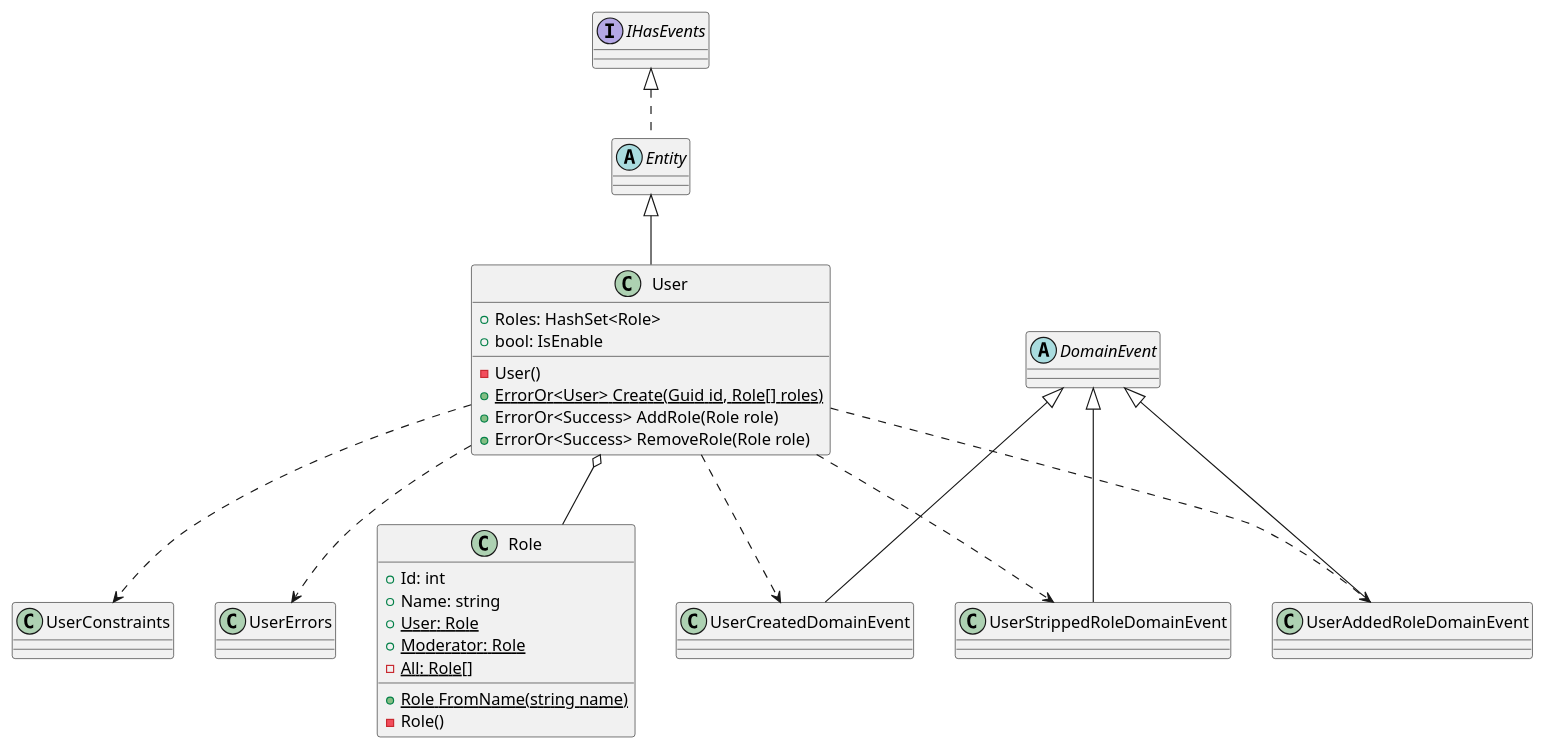
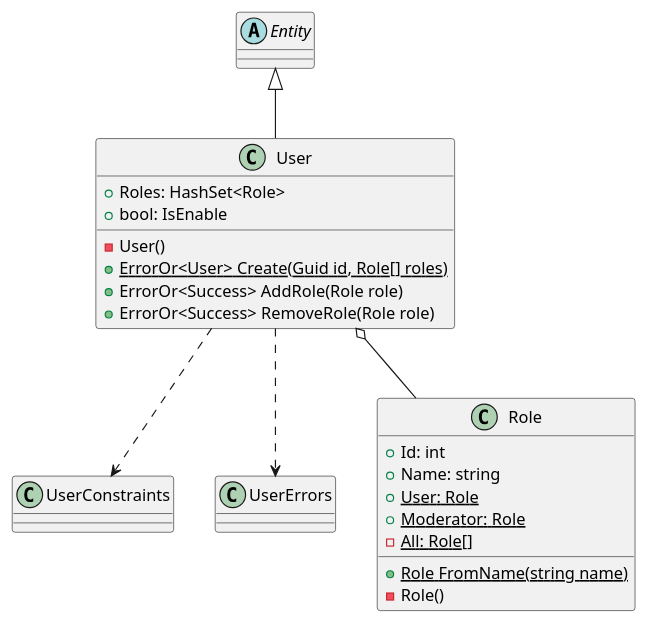
Before and after one commit to Nike073i/road-safety: the diagram in docs/design/classes/users.puml, drawn with PlantUML.

Commit message:
Упрощение модуля users

```diff
--- a/docs/design/classes/users.puml
+++ b/docs/design/classes/users.puml
@@ -1,42 +1,35 @@
 @startuml users
 
+' Comment: В модуле не используется работа с доменными событиями. Интеграционные события по необходимости будут опубликованы в Application слое
+
 ' Base
-    interface IHasEvents
-    abstract class DomainEvent
-    abstract class Entity implements IHasEvents
+    abstract class Entity
 
 ' Users
     class User extends Entity {
         +Roles: HashSet<Role>
         +bool: IsEnable
         -User()
         +{static}ErrorOr<User> Create(Guid id, Role[] roles)
         +ErrorOr<Success> AddRole(Role role)
         +ErrorOr<Success> RemoveRole(Role role)
     }
 
     static class UserConstraints
     static class UserErrors
 
-    class UserCreatedDomainEvent extends DomainEvent
-    class UserStrippedRoleDomainEvent extends DomainEvent
-    class UserAddedRoleDomainEvent extends DomainEvent
-
     class Role {
         +Id: int
         +Name: string
         +{static} User: Role 
         +{static} Moderator: Role 
         -{static} All: Role[] 
         +{static} Role FromName(string name)
         -Role()
     }
 
     User ..> UserConstraints
     User ..> UserErrors
-    User ..> UserCreatedDomainEvent
-    User ..> UserAddedRoleDomainEvent
-    User ..> UserStrippedRoleDomainEvent
     User o-- Role
 
 @enduml
```
